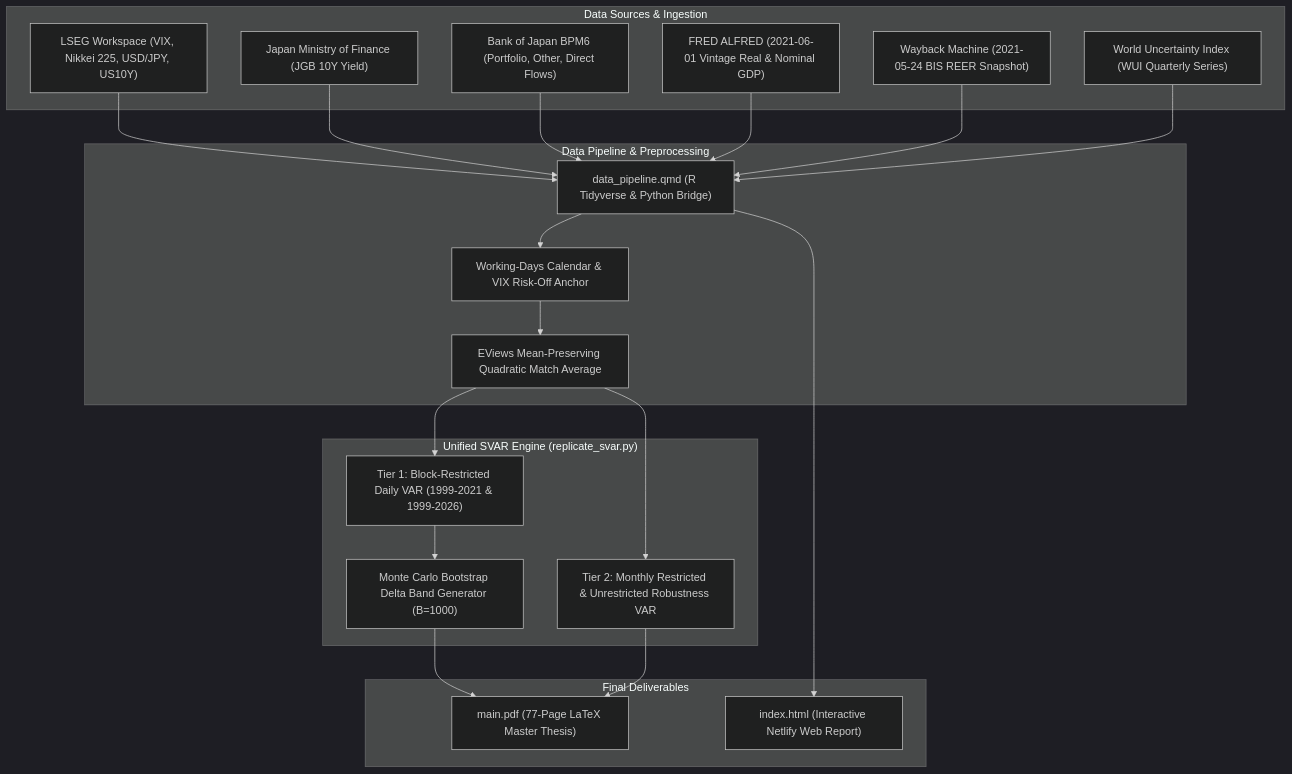
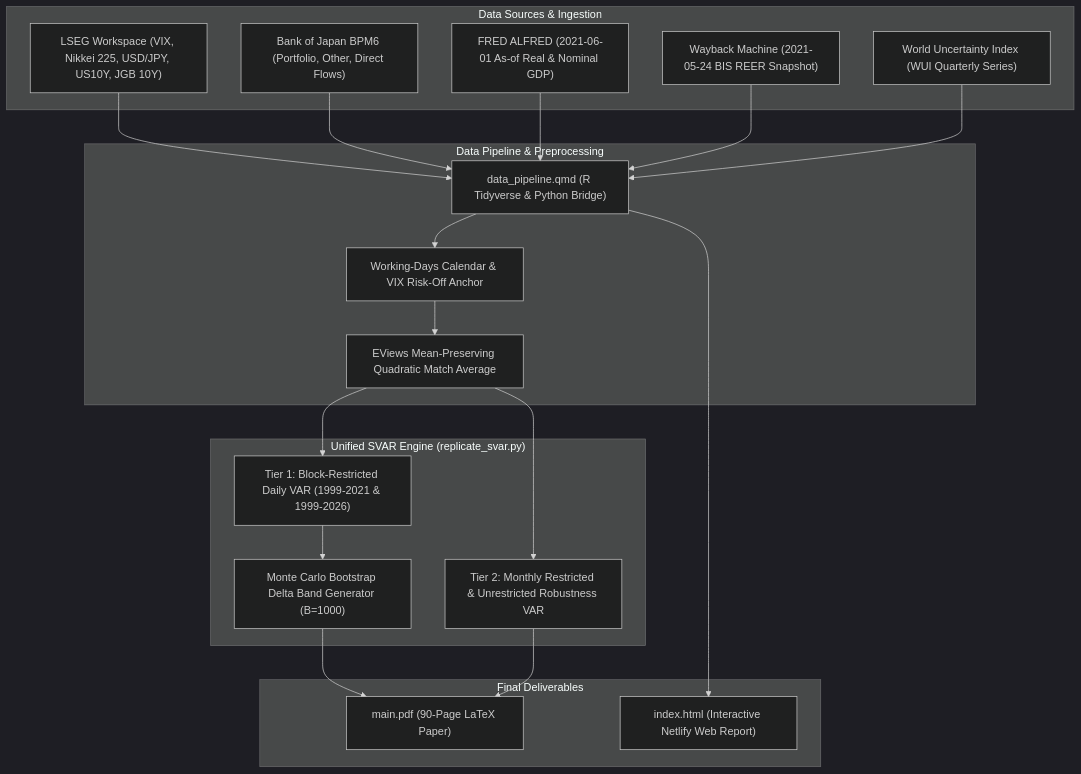
One commit to sakudiff/FINARTS_FINAL-PAPER changed the diagram in README.md. Above: the diagram before and after it, drawn with Mermaid (dark theme). The commit also changed other lines of this file and 10 other files, not shown here.

Commit message:
fix(pipeline): sync qmd prose with paper, add distribution and correlation figures, render web report at 200 dpi

````diff
--- a/README.md
+++ b/README.md
@@ -52,45 +67,43 @@
 ```mermaid
 flowchart TD
     subgraph Ingestion ["Data Sources & Ingestion"]
-        LSEG["LSEG Workspace (VIX, Nikkei 225, USD/JPY, US10Y)"]
-        MoF["Japan Ministry of Finance (JGB 10Y Yield)"]
+        LSEG["LSEG Workspace (VIX, Nikkei 225, USD/JPY, US10Y, JGB 10Y)"]
         BOJ["Bank of Japan BPM6 (Portfolio, Other, Direct Flows)"]
-        FRED["FRED ALFRED (2021-06-01 Vintage Real & Nominal GDP)"]
+        FRED["FRED ALFRED (2021-06-01 As-of Real & Nominal GDP)"]
         BIS["Wayback Machine (2021-05-24 BIS REER Snapshot)"]
         WUI["World Uncertainty Index (WUI Quarterly Series)"]
     end
 
     subgraph Preprocessing ["Data Pipeline & Preprocessing"]
         QMD["data_pipeline.qmd (R Tidyverse & Python Bridge)"]
         Clean["Working-Days Calendar & VIX Risk-Off Anchor"]
         Interp["EViews Mean-Preserving Quadratic Match Average"]
     end
 
     subgraph Econometrics ["Unified SVAR Engine (replicate_svar.py)"]
         Restricted["Tier 1: Block-Restricted Daily VAR (1999-2021 & 1999-2026)"]
         Unrestricted["Tier 2: Monthly Restricted & Unrestricted Robustness VAR"]
         Bootstrap["Monte Carlo Bootstrap Delta Band Generator (B=1000)"]
     end
 
     subgraph Deliverables ["Final Deliverables"]
-        PDF["main.pdf (77-Page LaTeX Master Thesis)"]
+        PDF["main.pdf (90-Page LaTeX Paper)"]
         HTML["index.html (Interactive Netlify Web Report)"]
     end
 
     LSEG --> QMD
-    MoF --> QMD
     BOJ --> QMD
     FRED --> QMD
     BIS --> QMD
     WUI --> QMD
 
     QMD --> Clean
     Clean --> Interp
     Interp --> Restricted
     Interp --> Unrestricted
     Restricted --> Bootstrap
 
     Bootstrap --> PDF
     Unrestricted --> PDF
     QMD --> HTML
 ```
````
